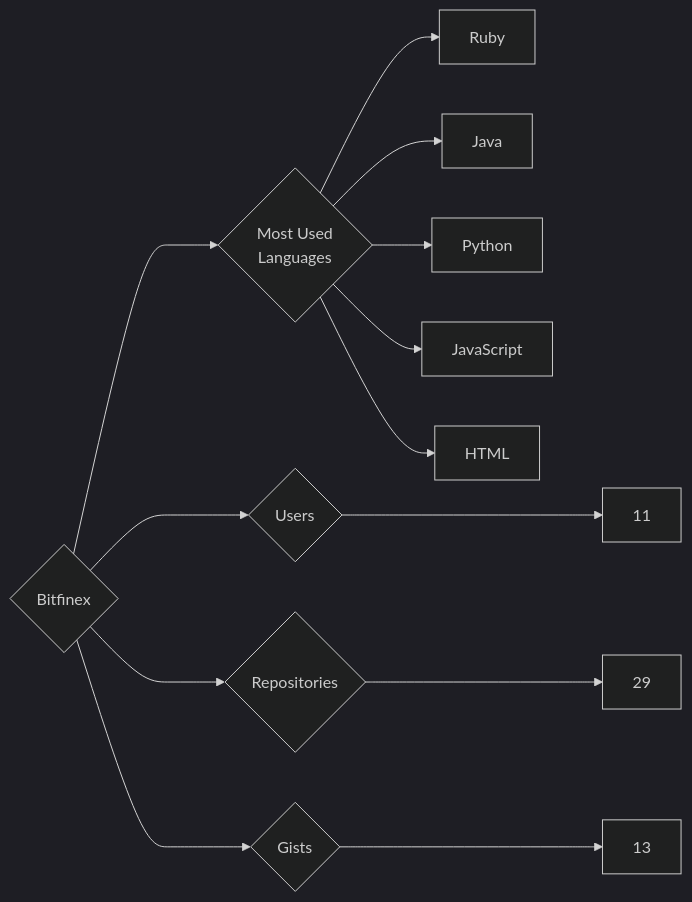
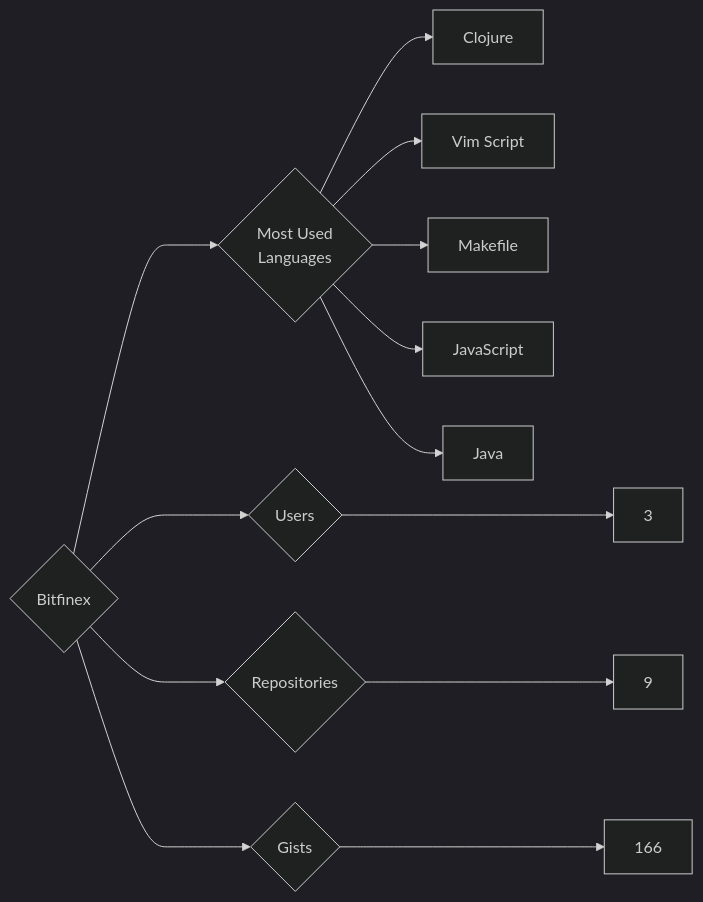
One commit to trickest/insiders changed the diagram in targets/Bitfinex/README.md. Above: the diagram before and after it, drawn with Mermaid (dark theme). The commit also changed 1167 other files, not shown here.

````diff
--- a/targets/Bitfinex/README.md
+++ b/targets/Bitfinex/README.md
@@ -3,13 +3,13 @@
 ```mermaid
 graph LR
 COMPANY_NAME{Bitfinex}
-COMPANY_NAME ---> U{Users} ---> UN[11]
-COMPANY_NAME ---> R{Repositories} ---> RN[29]
-COMPANY_NAME ---> G{Gists} ---> GN[13]
+COMPANY_NAME ---> U{Users} ---> UN[3]
+COMPANY_NAME ---> R{Repositories} ---> RN[9]
+COMPANY_NAME ---> G{Gists} ---> GN[166]
 COMPANY_NAME ---> ML{Most Used<br>Languages}
-ML --> Ruby[Ruby]
+ML --> Clojure[Clojure]
+ML --> Vim_Script[Vim Script]
+ML --> Makefile[Makefile]
+ML --> JavaScript[JavaScript]
 ML --> Java[Java]
-ML --> Python[Python]
-ML --> JavaScript[JavaScript]
-ML --> HTML[HTML]
 ```
````
